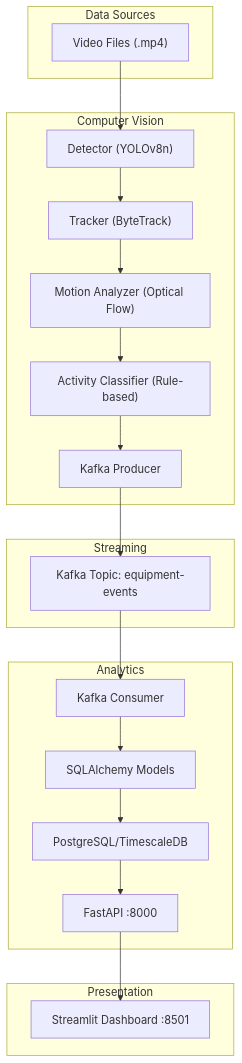
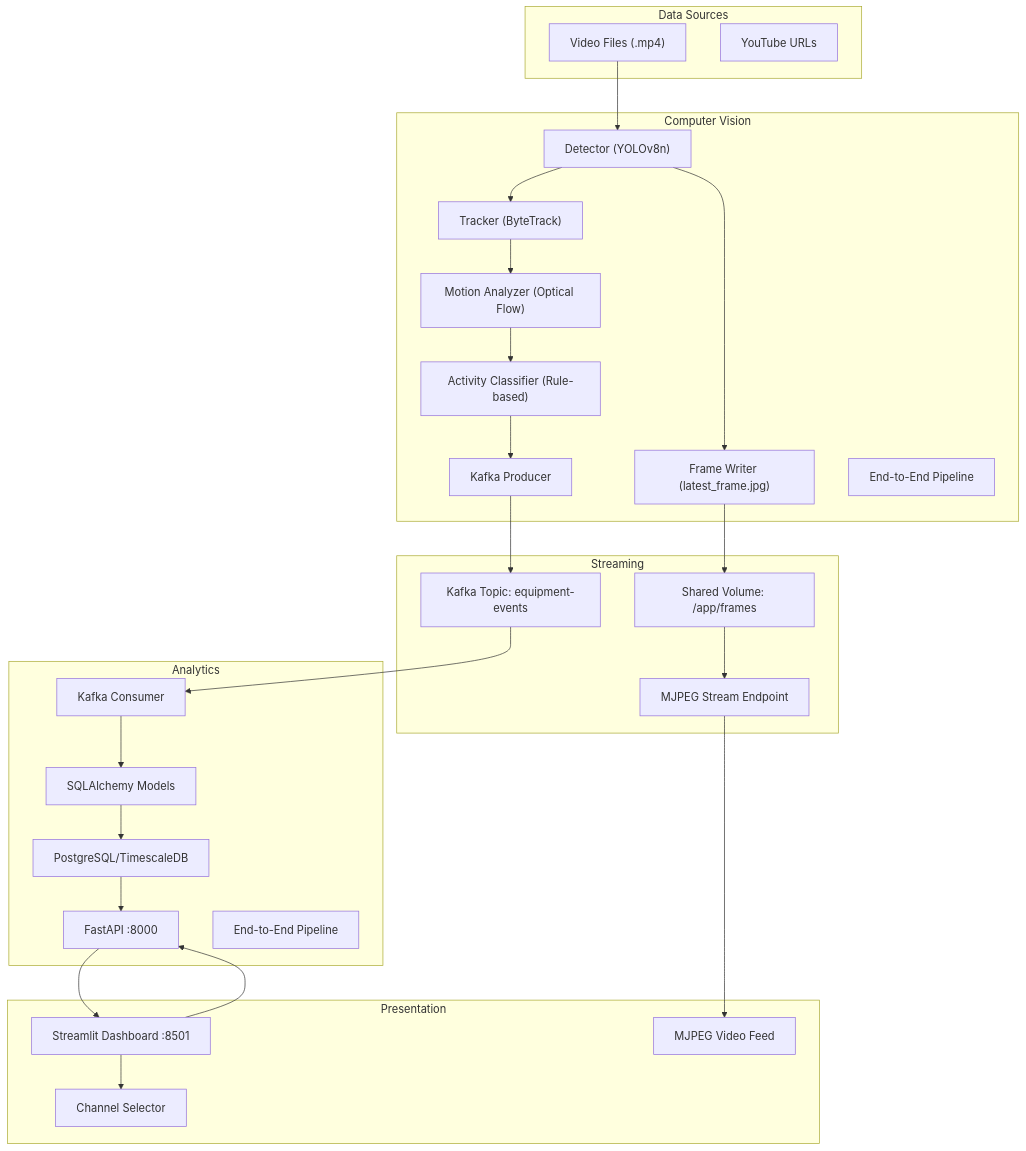
The second of 8 diagrams in .qoder/repowiki/en/content/Project Overview/System Architecture Overview.md (Azzoz-189/construction-equipment-monitoring), drawn with Mermaid before and after one commit. The commit also changed other lines of this file and 5 other files, not shown here.

````diff
--- a/.qoder/repowiki/en/content/Project Overview/System Architecture Overview.md
+++ b/.qoder/repowiki/en/content/Project Overview/System Architecture Overview.md
@@ -112,28 +134,40 @@
 ```mermaid
 graph TB
 subgraph "Data Sources"
 VID["Video Files (.mp4)"]
+YT["YouTube URLs"]
 end
 subgraph "Computer Vision"
 DET["Detector (YOLOv8n)"]
 TRK["Tracker (ByteTrack)"]
 MOT["Motion Analyzer (Optical Flow)"]
 ACT["Activity Classifier (Rule-based)"]
 KPR["Kafka Producer"]
+FRM["Frame Writer (latest_frame.jpg)"]
+END["End-to-End Pipeline"]
 end
 subgraph "Streaming"
 TOPIC["Kafka Topic: equipment-events"]
+FS["Shared Volume: /app/frames"]
+MJPEG["MJPEG Stream Endpoint"]
 end
 subgraph "Analytics"
 CON["Kafka Consumer"]
 DBM["SQLAlchemy Models"]
 DB["PostgreSQL/TimescaleDB"]
 API["FastAPI :8000"]
+END2["End-to-End Pipeline"]
 end
 subgraph "Presentation"
 UI["Streamlit Dashboard :8501"]
+STREAM["MJPEG Video Feed"]
+CHANNEL["Channel Selector"]
 end
 VID --> DET --> TRK --> MOT --> ACT --> KPR --> TOPIC
+DET --> FRM --> FS
 TOPIC --> CON --> DBM --> DB
 DB --> API --> UI
+FS --> MJPEG --> STREAM
+UI --> CHANNEL
+UI --> API
 ```
````
